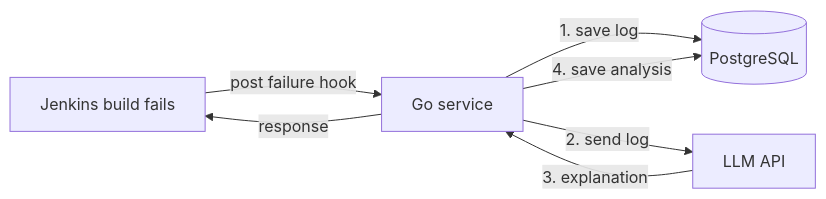
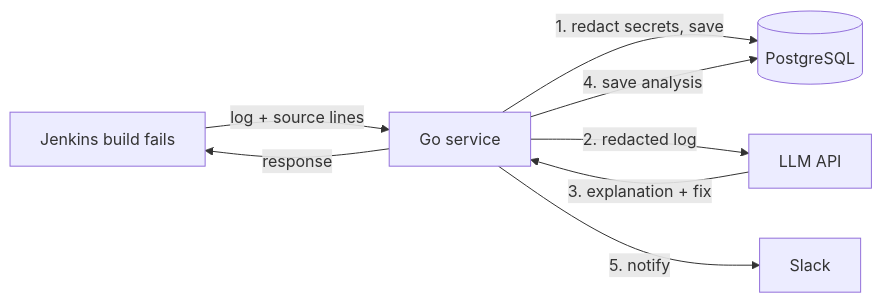
The diagram in README.md (ShaiqMohd/CI-CD-failure-explainer), drawn with Mermaid before and after one commit. The commit also changed other lines of this file, not shown here.

````diff
--- a/README.md
+++ b/README.md
@@ -23,9 +25,10 @@
 ```mermaid
 flowchart LR
-    A[Jenkins build fails] -->|post failure hook| B[Go service]
-    B -->|1. save log| C[(PostgreSQL)]
-    B -->|2. send log| D[LLM API]
-    D -->|3. explanation| B
+    A[Jenkins build fails] -->|log + source lines| B[Go service]
+    B -->|1. redact secrets, save| C[(PostgreSQL)]
+    B -->|2. redacted log| D[LLM API]
+    D -->|3. explanation + fix| B
     B -->|4. save analysis| C
+    B -->|5. notify| E[Slack]
     B -->|response| A
 ```
````
